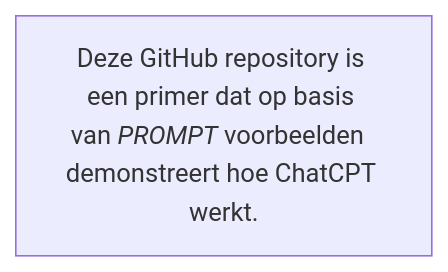
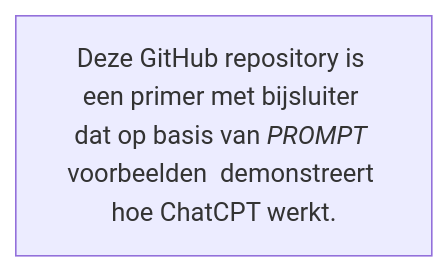
The first of 3 diagrams in README.md (robvdw/AI-s-NEW-FRONTIER--Chat-GPT), drawn with Mermaid before and after one commit. The commit also changed other lines of this file, not shown here.

````diff
--- a/README.md
+++ b/README.md
@@ -19,6 +22,6 @@
 ```mermaid
 flowchart LR
 
-A[Deze GitHub repository is een primer dat op basis van <i>PROMPT</i> voorbeelden  demonstreert hoe ChatCPT werkt.]
+id1[Deze GitHub repository is een primer met bijsluiter dat op basis van <i>PROMPT</i> voorbeelden  demonstreert hoe ChatCPT werkt.]
 
 ```
````
